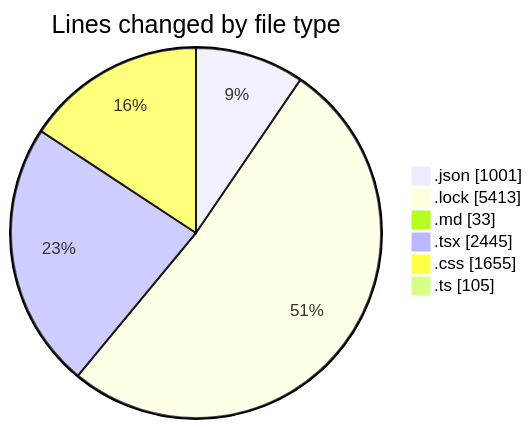
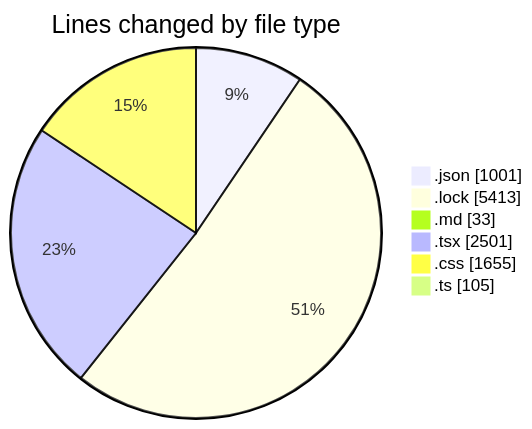
One commit to EIIisD/code-tracking changed the first of 2 diagrams in 2025-08-11/ribbon/README.md. Above: the diagram before and after it, drawn with Mermaid. The commit also changed other lines of this file and 1 other file, not shown here.

````diff
--- a/2025-08-11/ribbon/README.md
+++ b/2025-08-11/ribbon/README.md
@@ -44,10 +44,10 @@
 ```mermaid
 pie showData
 title Lines changed by file type
 ".json" : 1001
 ".lock" : 5413
 ".md" : 33
-".tsx" : 2445
+".tsx" : 2501
 ".css" : 1655
 ".ts" : 105
 ```
````
